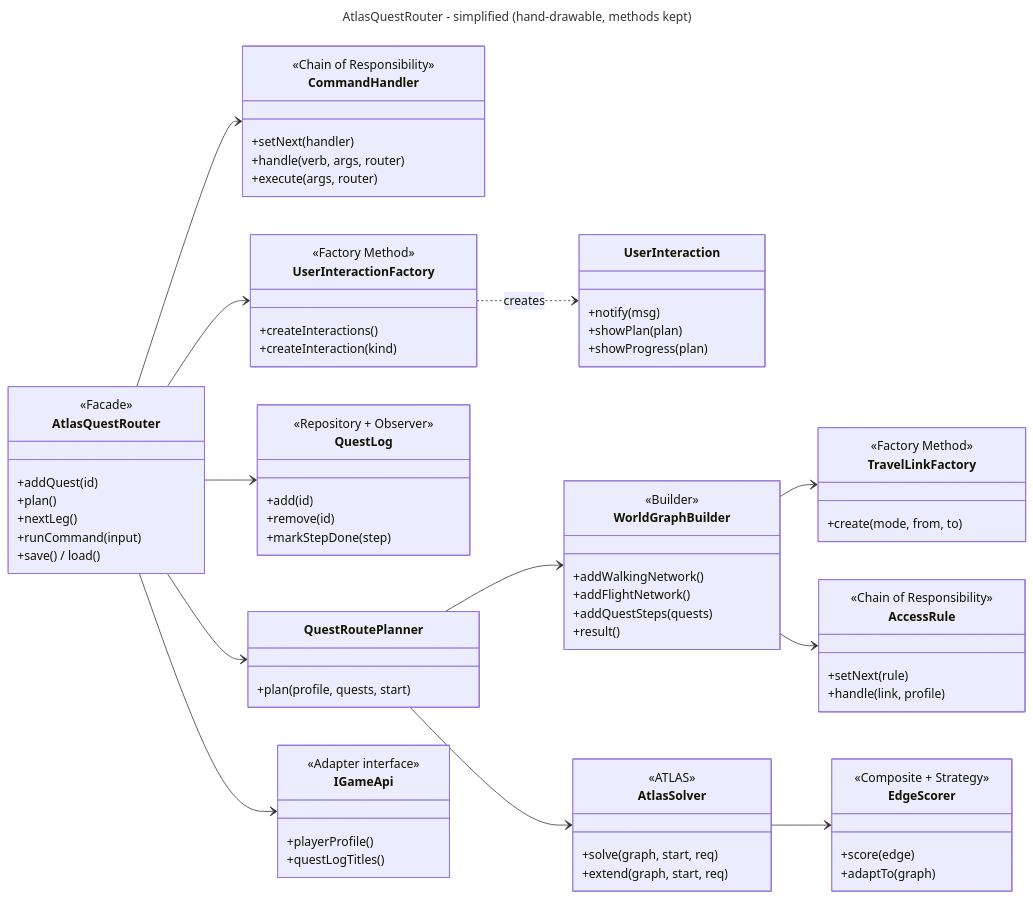
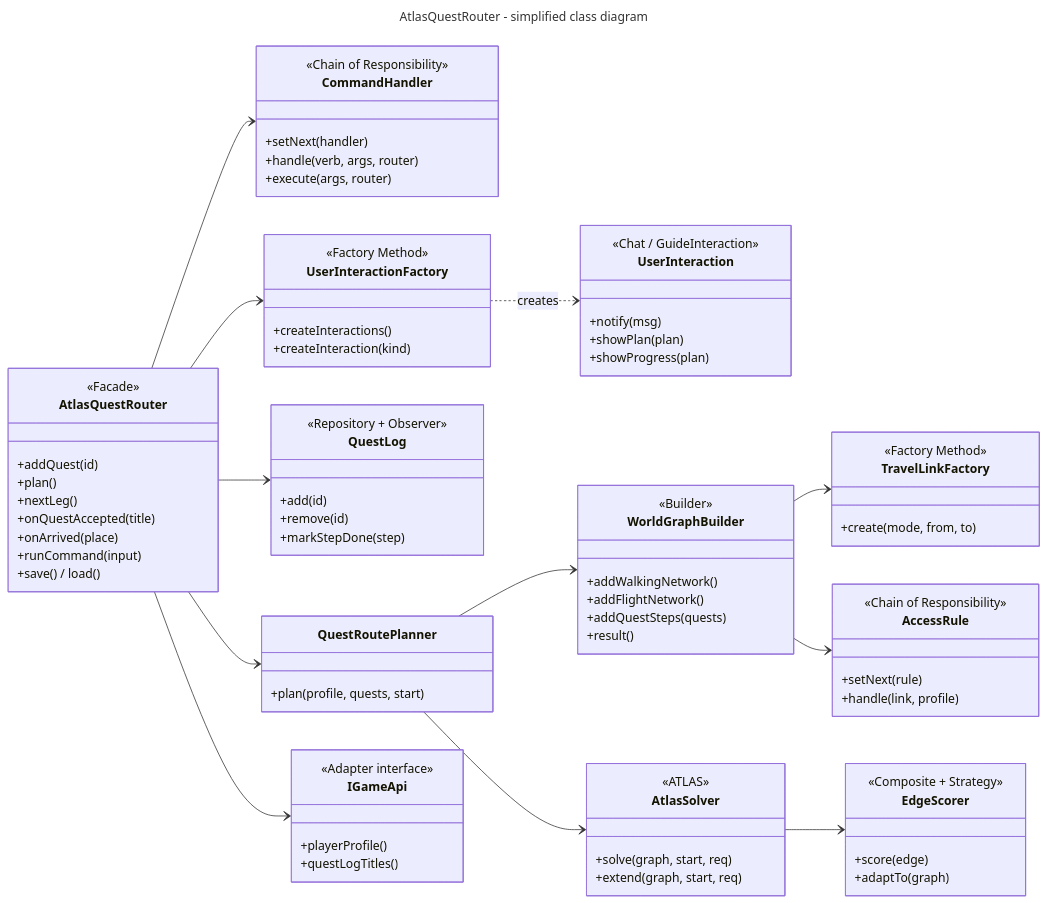
Before and after one commit to Qanoo-Taweel/wow-atlas-quest-router: the diagram in docs/diagrams/class-diagram-simplified.mmd, drawn with Mermaid. The commit also changed 34 other files, not shown here.

```diff
--- a/docs/diagrams/class-diagram-simplified.mmd
+++ b/docs/diagrams/class-diagram-simplified.mmd
@@ -1,80 +1,83 @@
 ---
-title: AtlasQuestRouter - simplified (hand-drawable, methods kept)
+title: AtlasQuestRouter - simplified class diagram
 ---
 classDiagram
 direction LR
 class AtlasQuestRouter {
   <<Facade>>
   +addQuest(id)
   +plan()
   +nextLeg()
+  +onQuestAccepted(title)
+  +onArrived(place)
   +runCommand(input)
   +save() / load()
 }
 class CommandHandler {
   <<Chain of Responsibility>>
   +setNext(handler)
   +handle(verb, args, router)
   +execute(args, router)
 }
 class UserInteractionFactory {
   <<Factory Method>>
   +createInteractions()
   +createInteraction(kind)
 }
 class UserInteraction {
+  <<Chat / GuideInteraction>>
   +notify(msg)
   +showPlan(plan)
   +showProgress(plan)
 }
 class QuestLog {
   <<Repository + Observer>>
   +add(id)
   +remove(id)
   +markStepDone(step)
 }
 class QuestRoutePlanner {
   +plan(profile, quests, start)
 }
 class WorldGraphBuilder {
   <<Builder>>
   +addWalkingNetwork()
   +addFlightNetwork()
   +addQuestSteps(quests)
   +result()
 }
 class TravelLinkFactory {
   <<Factory Method>>
   +create(mode, from, to)
 }
 class AccessRule {
   <<Chain of Responsibility>>
   +setNext(rule)
   +handle(link, profile)
 }
 class AtlasSolver {
   <<ATLAS>>
   +solve(graph, start, req)
   +extend(graph, start, req)
 }
 class EdgeScorer {
   <<Composite + Strategy>>
   +score(edge)
   +adaptTo(graph)
 }
 class IGameApi {
   <<Adapter interface>>
   +playerProfile()
   +questLogTitles()
 }
 AtlasQuestRouter --> CommandHandler
 AtlasQuestRouter --> UserInteractionFactory
 UserInteractionFactory ..> UserInteraction : creates
 AtlasQuestRouter --> QuestLog
 AtlasQuestRouter --> QuestRoutePlanner
 AtlasQuestRouter --> IGameApi
 QuestRoutePlanner --> WorldGraphBuilder
 QuestRoutePlanner --> AtlasSolver
 WorldGraphBuilder --> TravelLinkFactory
 WorldGraphBuilder --> AccessRule
 AtlasSolver --> EdgeScorer
```
